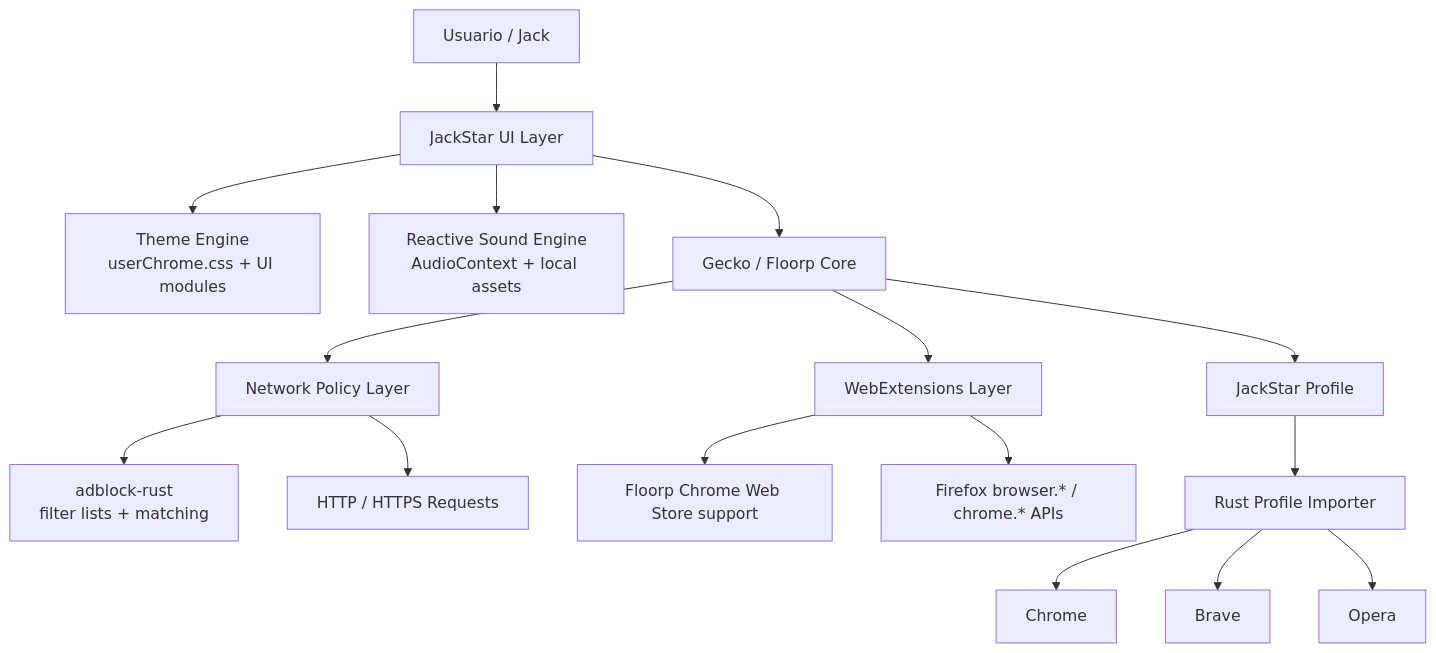
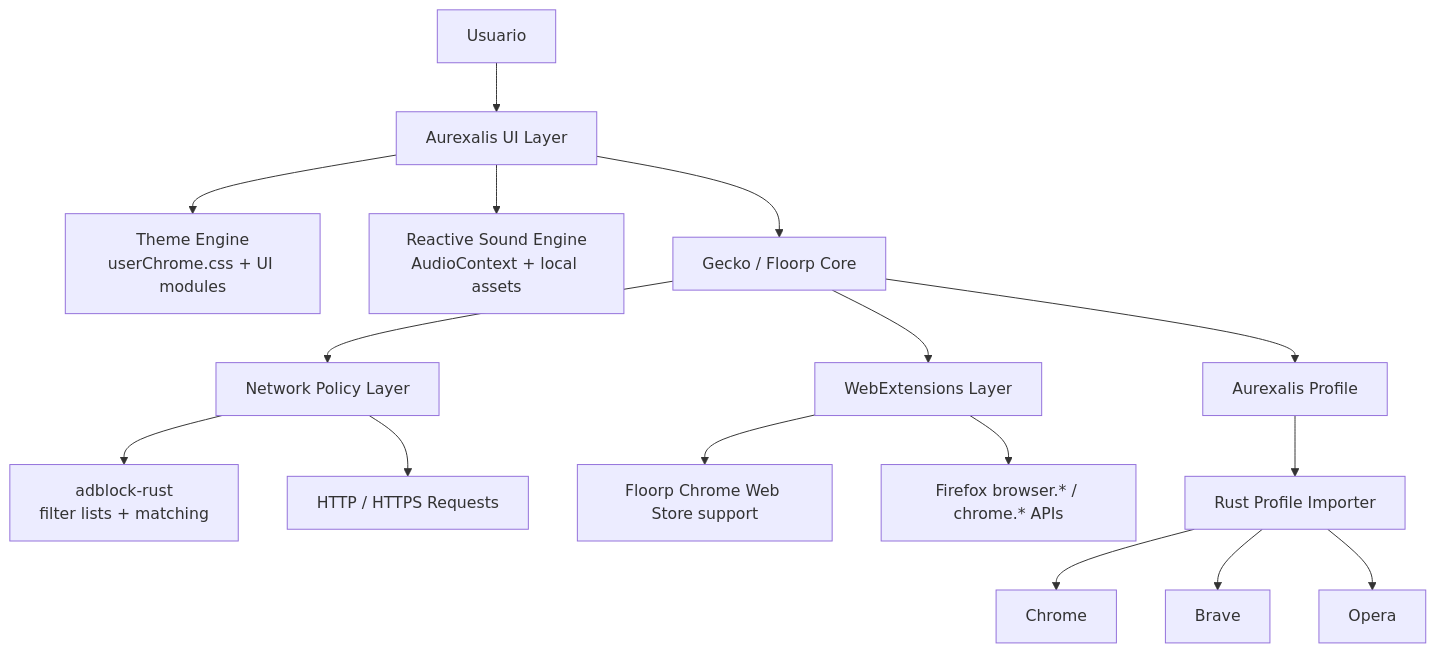
Before and after one commit to JackStar6677-1/Aurexalis: the first of 4 diagrams in README.md, drawn with Mermaid. The commit also changed other lines of this file and 1 other file, not shown here.

Commit message:
docs: renombra proyecto a Aurexalis

````diff
--- a/README.md
+++ b/README.md
@@ -45,22 +49,22 @@
 ```mermaid
 flowchart TB
-  User["Usuario / Jack"] --> UI["JackStar UI Layer"]
+  User["Usuario"] --> UI["Aurexalis UI Layer"]
   UI --> Theme["Theme Engine<br/>userChrome.css + UI modules"]
   UI --> Sound["Reactive Sound Engine<br/>AudioContext + local assets"]
 
   UI --> Gecko["Gecko / Floorp Core"]
 
   Gecko --> Net["Network Policy Layer"]
   Net --> Adblock["adblock-rust<br/>filter lists + matching"]
   Net --> Web["HTTP / HTTPS Requests"]
 
   Gecko --> Ext["WebExtensions Layer"]
   Ext --> FloorpCWS["Floorp Chrome Web Store support"]
   Ext --> FirefoxAPI["Firefox browser.* / chrome.* APIs"]
 
-  Gecko --> Profile["JackStar Profile"]
+  Gecko --> Profile["Aurexalis Profile"]
   Profile --> Importer["Rust Profile Importer"]
   Importer --> Chrome["Chrome"]
   Importer --> Brave["Brave"]
   Importer --> Opera["Opera"]
 ```
````
